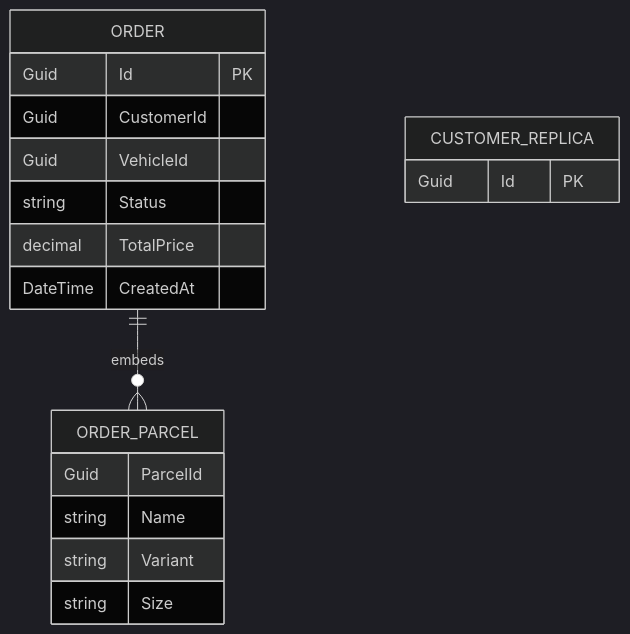
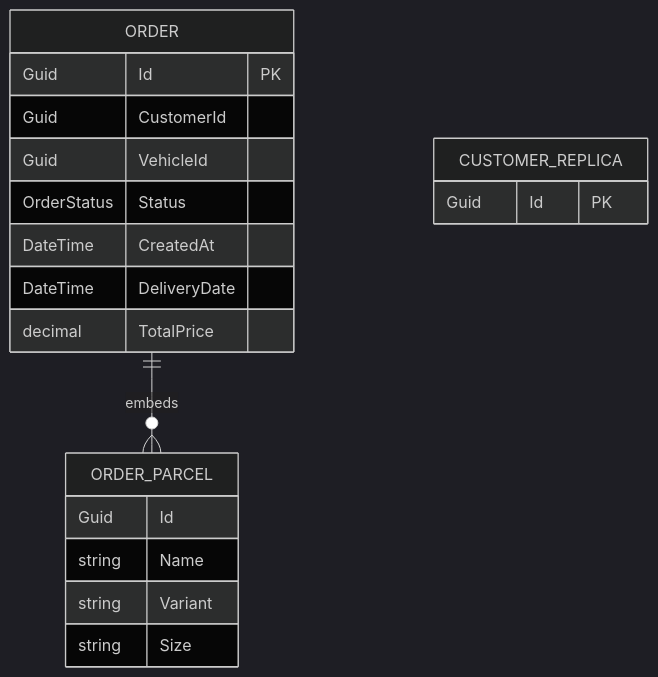
One commit to hianshul100/Pacco.Context changed diagram 18 of 22 in docs/architecture-inventory/architecture-views.md. Above: the diagram before and after it, drawn with Mermaid (dark theme). The commit also changed other lines of this file, not shown here.

First line of the commit message:
docs(architecture-views): correct saga flow, message counts and ER fields

````diff
--- a/docs/architecture-inventory/architecture-views.md
+++ b/docs/architecture-inventory/architecture-views.md
@@ -1004,21 +1087,22 @@
 ```mermaid
 erDiagram
     ORDER ||--o{ ORDER_PARCEL : "embeds"
     ORDER {
         Guid Id PK
         Guid CustomerId
         Guid VehicleId
-        string Status
+        OrderStatus Status
+        DateTime CreatedAt
+        DateTime DeliveryDate
         decimal TotalPrice
-        DateTime CreatedAt
     }
     ORDER_PARCEL {
-        Guid ParcelId
+        Guid Id
         string Name
         string Variant
         string Size
     }
     CUSTOMER_REPLICA {
         Guid Id PK
     }
 ```
````
